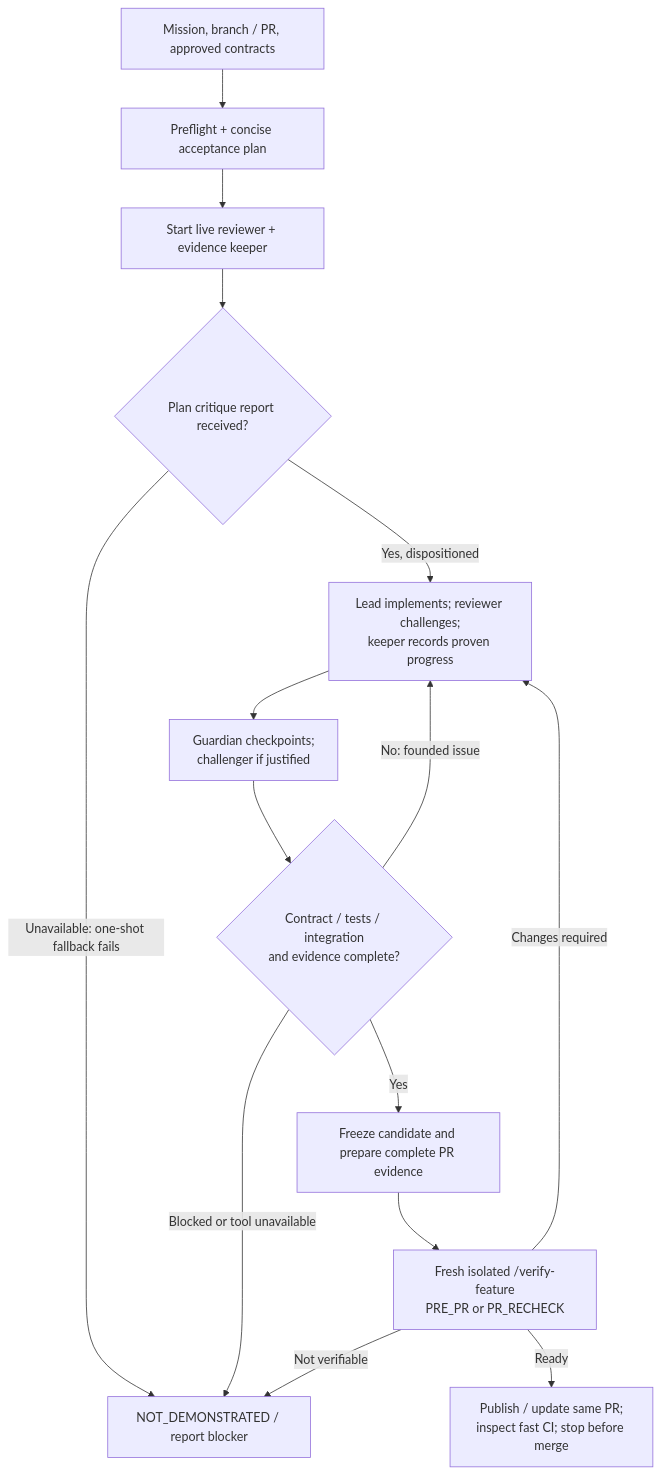
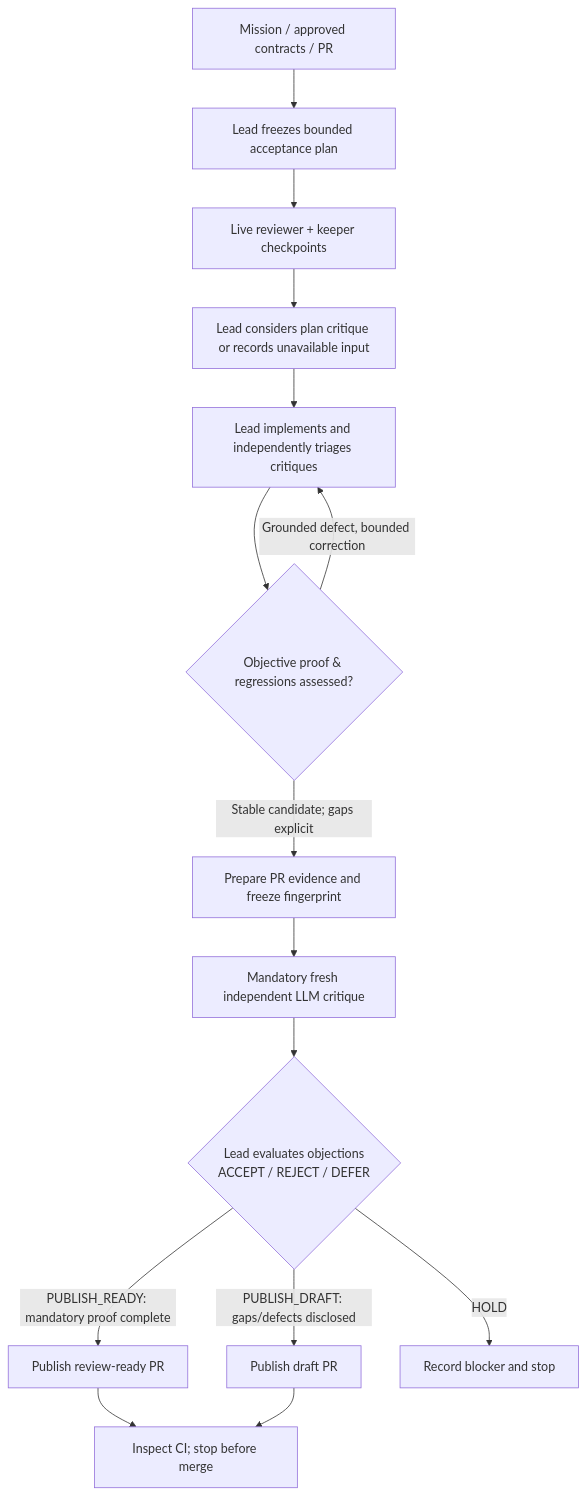
The second of 2 diagrams in docs/development/agent-development-workflow.md (aradenac/utest-machinery), drawn with Mermaid before and after one commit. The commit also changed other lines of this file, not shown here.

Commit message:
docs(dev): reflect lead-owned PR publication decision in workflow and diagram

````diff
--- a/docs/development/agent-development-workflow.md
+++ b/docs/development/agent-development-workflow.md
@@ -65,17 +65,17 @@
 ```mermaid
 flowchart TD
-  A["Mission, branch / PR, approved contracts"] --> B["Preflight + concise acceptance plan"]
-  B --> C["Start live reviewer + evidence keeper"]
-  C --> Q{"Plan critique report received?"}
-  Q -->|"Yes, dispositioned"| D["Lead implements; reviewer challenges;\nkeeper records proven progress"]
-  Q -->|"Unavailable: one-shot fallback fails"| X
-  D --> G["Guardian checkpoints;\nchallenger if justified"]
-  G --> E{"Contract / tests / integration\nand evidence complete?"}
-  E -->|"No: founded issue"| D
-  E -->|"Blocked or tool unavailable"| X["NOT_DEMONSTRATED / report blocker"]
-  E -->|"Yes"| P["Freeze candidate and prepare complete PR evidence"]
-  P --> F["Fresh isolated /verify-feature\nPRE_PR or PR_RECHECK"]
-  F -->|"Changes required"| D
-  F -->|"Not verifiable"| X
-  F -->|"Ready"| R["Publish / update same PR;\ninspect fast CI; stop before merge"]
+  A["Mission / approved contracts / PR"] --> B["Lead freezes bounded acceptance plan"]
+  B --> C["Live reviewer + keeper checkpoints"]
+  C --> D["Lead considers plan critique or records unavailable input"]
+  D --> I["Lead implements and independently triages critiques"]
+  I --> E{"Objective proof & regressions assessed?"}
+  E -->|"Grounded defect, bounded correction"| I
+  E -->|"Stable candidate; gaps explicit"| P["Prepare PR evidence and freeze fingerprint"]
+  P --> F["Mandatory fresh independent LLM critique"]
+  F --> L{"Lead evaluates objections\nACCEPT / REJECT / DEFER"}
+  L -->|"PUBLISH_READY: mandatory proof complete"| R["Publish review-ready PR"]
+  L -->|"PUBLISH_DRAFT: gaps/defects disclosed"| DR["Publish draft PR"]
+  L -->|"HOLD"| H["Record blocker and stop"]
+  R --> S["Inspect CI; stop before merge"]
+  DR --> S
 ```
````
